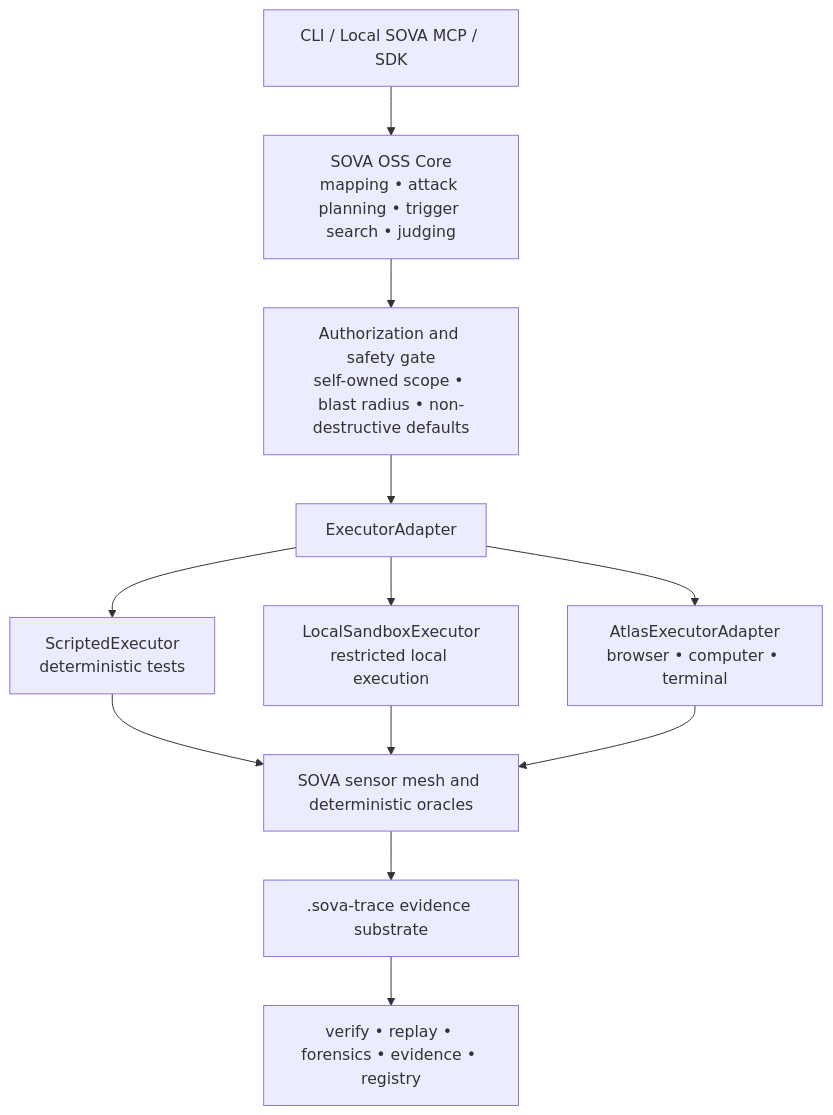
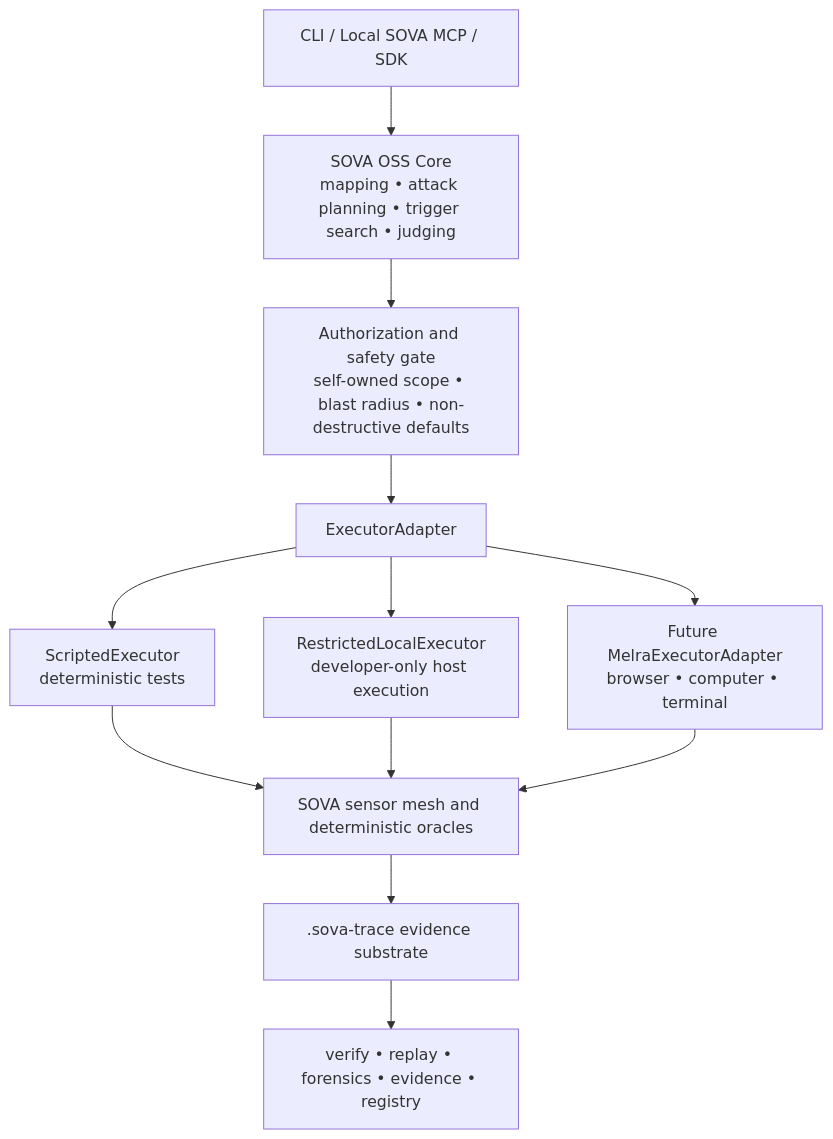
Before and after one commit to Gautam-R-Patil/S.O.V.A---OSS---TRUSCOR: the third of 3 diagrams in README.md, drawn with Mermaid. The commit also changed other lines of this file and 41 other files, not shown here.

````diff
--- a/README.md
+++ b/README.md
@@ -326,25 +326,25 @@
 ```mermaid
 flowchart TB
     CLI["CLI / Local SOVA MCP / SDK"]
     CORE["SOVA OSS Core<br/>mapping • attack planning • trigger search • judging"]
     SAFE["Authorization and safety gate<br/>self-owned scope • blast radius • non-destructive defaults"]
     EXEC["ExecutorAdapter"]
     SCRIPT["ScriptedExecutor<br/>deterministic tests"]
-    LOCAL["LocalSandboxExecutor<br/>restricted local execution"]
-    ATLAS["AtlasExecutorAdapter<br/>browser • computer • terminal"]
+    LOCAL["RestrictedLocalExecutor<br/>developer-only host execution"]
+    MELRA["Future MelraExecutorAdapter<br/>browser • computer • terminal"]
     SENSORS["SOVA sensor mesh and deterministic oracles"]
     TRACE[".sova-trace evidence substrate"]
     OUTPUT["verify • replay • forensics • evidence • registry"]
 
     CLI --> CORE
     CORE --> SAFE
     SAFE --> EXEC
     EXEC --> SCRIPT
     EXEC --> LOCAL
-    EXEC --> ATLAS
+    EXEC --> MELRA
     SCRIPT --> SENSORS
     LOCAL --> SENSORS
-    ATLAS --> SENSORS
+    MELRA --> SENSORS
     SENSORS --> TRACE
     TRACE --> OUTPUT
 ```
````
